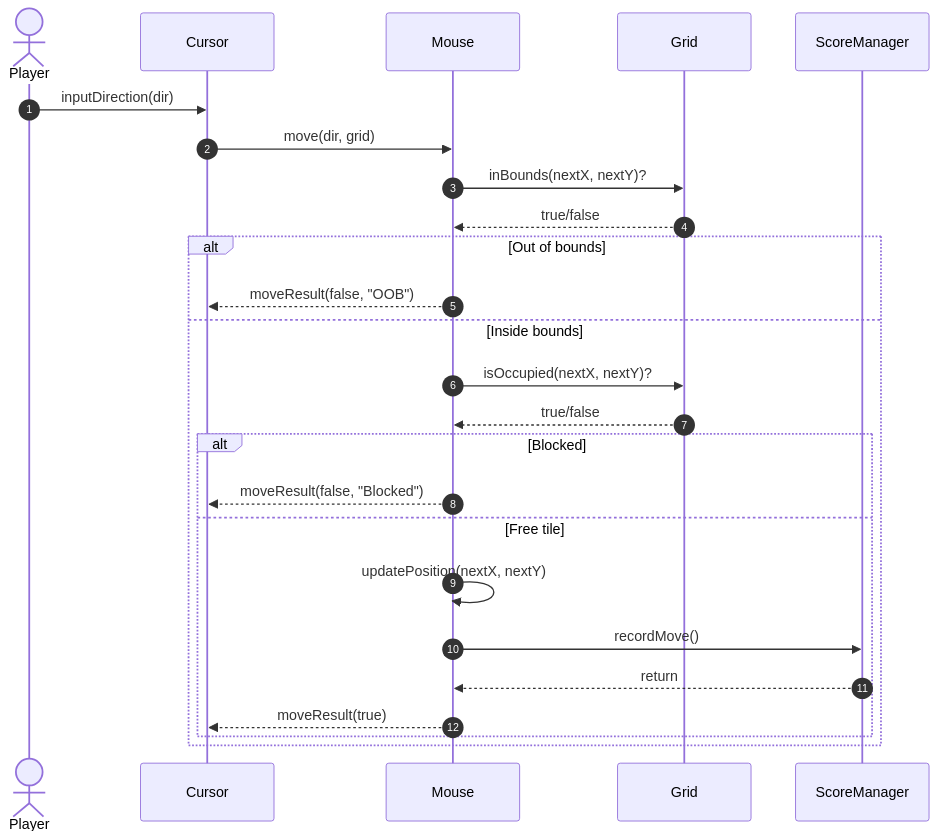
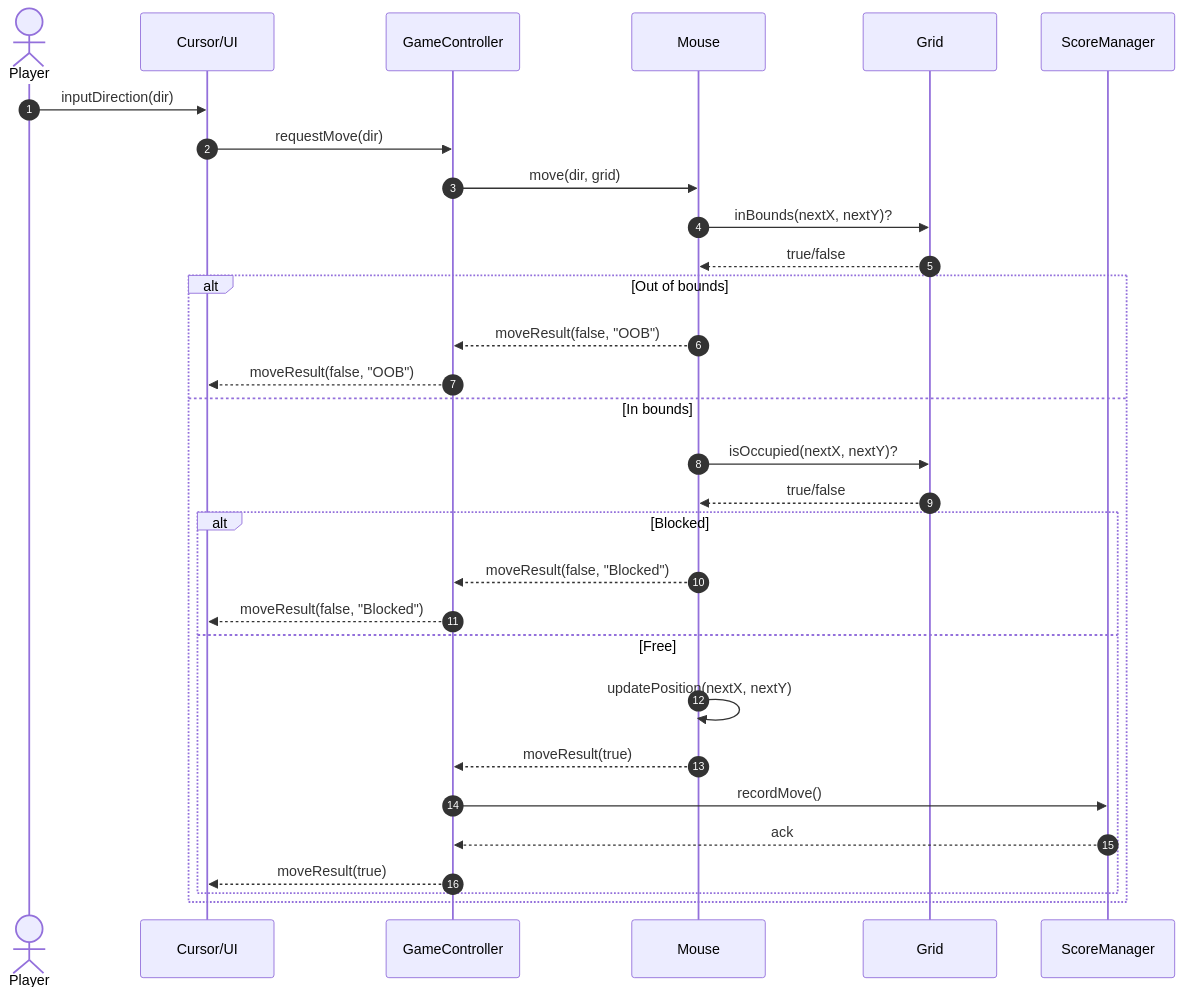
One commit to Iveyson/w0517277-midterm changed the diagram in docs/UML/initialization_state_sequence_diagram.mmd. Above: the diagram before and after it, drawn with Mermaid. The commit also changed 1 other file, not shown here.

Commit message:
game controller added to UML sequence and UML

```diff
--- a/docs/UML/initialization_state_sequence_diagram.mmd
+++ b/docs/UML/initialization_state_sequence_diagram.mmd
@@ -1,39 +1,42 @@
 sequenceDiagram
     autonumber
     actor Player
-    participant Cursor
-    participant Mouse
-    participant Grid
+    participant Cursor as Cursor/UI
+    participant GC as GameController
+    participant Mouse as Mouse
+    participant Grid as Grid
     participant Score as ScoreManager
 
-    %% Player chooses a direction
+    %% Player provides direction through UI
     Player->>Cursor: inputDirection(dir)
 
-    %% Cursor tells the Mouse to move
-    Cursor->>Mouse: move(dir, grid)
+    %% UI hands off to GameController
+    Cursor->>GC: requestMove(dir)
 
-    %% Mouse checks boundaries
+    %% GC delegates the move to the Mouse (providing grid context)
+    GC->>Mouse: move(dir, grid)
+
+    %% Mouse validates via Grid
     Mouse->>Grid: inBounds(nextX, nextY)?
     Grid-->>Mouse: true/false
 
     alt Out of bounds
-        Mouse-->>Cursor: moveResult(false, "OOB")
-    else Inside bounds
-        %% Mouse checks if blocked
+        Mouse-->>GC: moveResult(false, "OOB")
+        GC-->>Cursor: moveResult(false, "OOB")
+    else In bounds
         Mouse->>Grid: isOccupied(nextX, nextY)?
         Grid-->>Mouse: true/false
 
         alt Blocked
-            Mouse-->>Cursor: moveResult(false, "Blocked")
-        else Free tile
-            %% Perform move
+            Mouse-->>GC: moveResult(false, "Blocked")
+            GC-->>Cursor: moveResult(false, "Blocked")
+        else Free
             Mouse->>Mouse: updatePosition(nextX, nextY)
+            Mouse-->>GC: moveResult(true)
 
-            %% Score manager logs the move
-            Mouse->>Score: recordMove()
-            Score-->>Mouse: return
-
-            %% Return success
-            Mouse-->>Cursor: moveResult(true)
+            %% GC updates scoring and notifies UI
+            GC->>Score: recordMove()
+            Score-->>GC: ack
+            GC-->>Cursor: moveResult(true)
         end
     end
```
